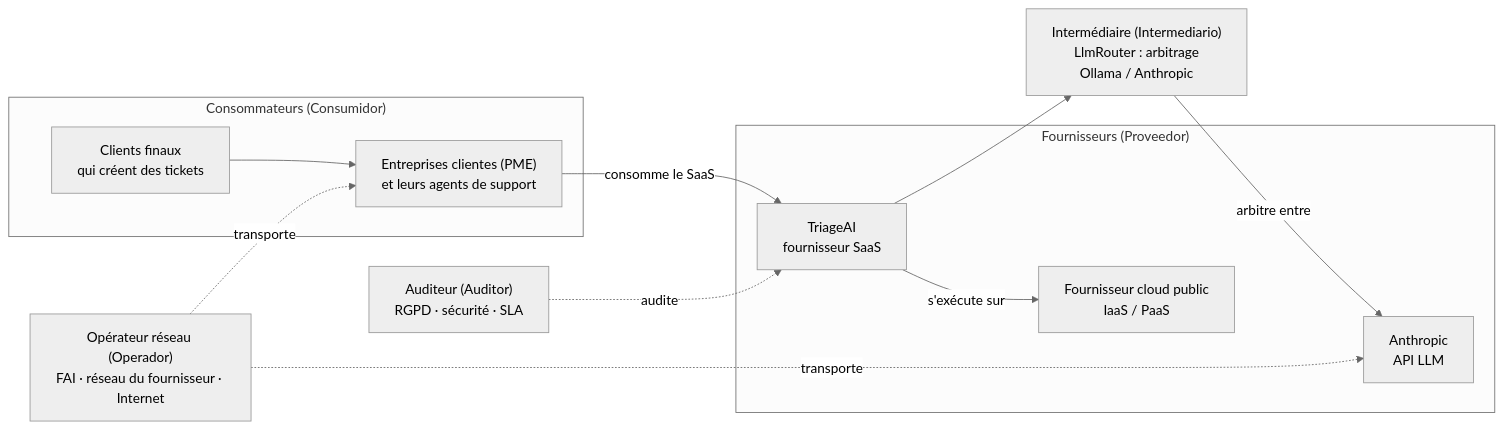
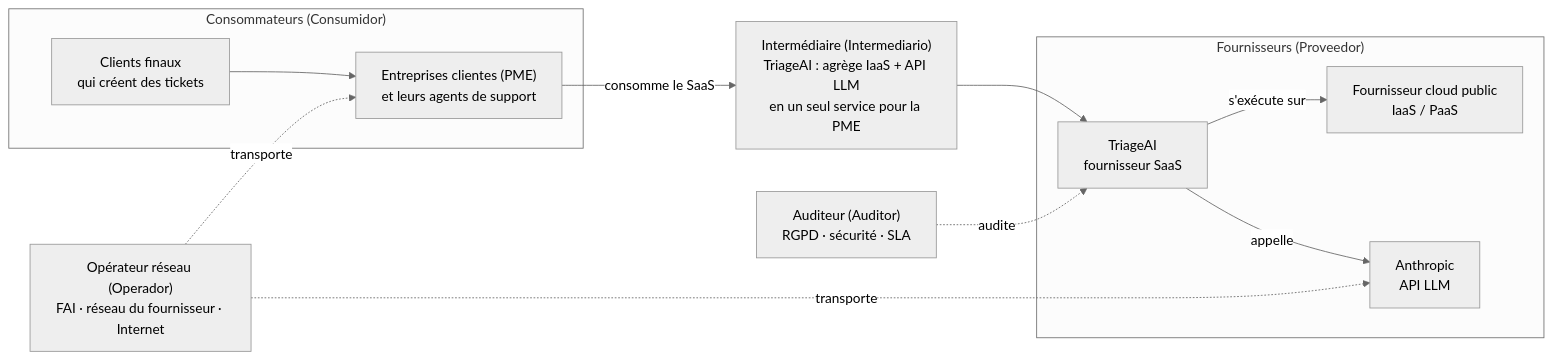
Before and after one commit to elgmouad/triage-agentics: the second of 4 diagrams in README.md, drawn with Mermaid (neutral theme). The commit also changed other lines of this file and 8 other files, not shown here.

````diff
--- a/README.md
+++ b/README.md
@@ -249,26 +249,26 @@
 ```mermaid
 flowchart LR
     subgraph CONS["Consommateurs (Consumidor)"]
         PME["Entreprises clientes (PME)<br/>et leurs agents de support"]
         CLI["Clients finaux<br/>qui créent des tickets"]
     end
 
     subgraph PROV["Fournisseurs (Proveedor)"]
         TAI["TriageAI<br/>fournisseur SaaS"]
         IAAS["Fournisseur cloud public<br/>IaaS / PaaS"]
         ANT["Anthropic<br/>API LLM"]
     end
 
-    BRK["Intermédiaire (Intermediario)<br/>LlmRouter : arbitrage<br/>Ollama / Anthropic"]
+    BRK["Intermédiaire (Intermediario)<br/>TriageAI : agrège IaaS + API LLM<br/>en un seul service pour la PME"]
     AUD["Auditeur (Auditor)<br/>RGPD · sécurité · SLA"]
     CAR["Opérateur réseau (Operador)<br/>FAI · réseau du fournisseur · Internet"]
 
     CLI --> PME
-    PME -- "consomme le SaaS" --> TAI
+    PME -- "consomme le SaaS" --> BRK
+    BRK --> TAI
     TAI -- "s'exécute sur" --> IAAS
-    TAI --> BRK
-    BRK -- "arbitre entre" --> ANT
+    TAI -- "appelle" --> ANT
     AUD -. "audite" .-> TAI
     CAR -. "transporte" .-> PME
     CAR -. "transporte" .-> ANT
 ```
````
